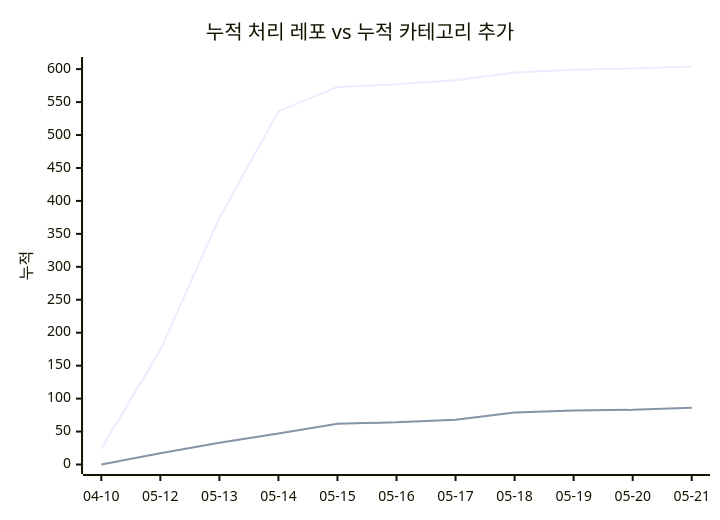
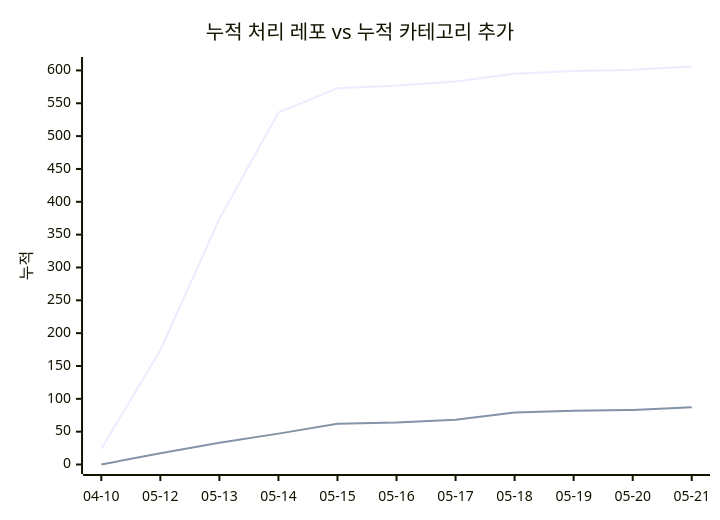
The second of 2 diagrams in docs/trends.md (J-nowcow/awesome-korean-agent-skills), drawn with Mermaid before and after one commit. The commit also changed other lines of this file and 3 other files, not shown here.

````diff
--- a/docs/trends.md
+++ b/docs/trends.md
@@ -65,8 +65,8 @@
 ```mermaid
 xychart-beta
     title "누적 처리 레포 vs 누적 카테고리 추가"
     x-axis ["04-10","05-12","05-13","05-14","05-15","05-16","05-17","05-18","05-19","05-20","05-21"]
     y-axis "누적"
-    line [24,174,374,536,573,577,583,595,599,601,604]
-    line [0,17,33,47,62,64,68,79,82,83,86]
+    line [24,174,374,536,573,577,583,595,599,601,606]
+    line [0,17,33,47,62,64,68,79,82,83,87]
 ```
````
